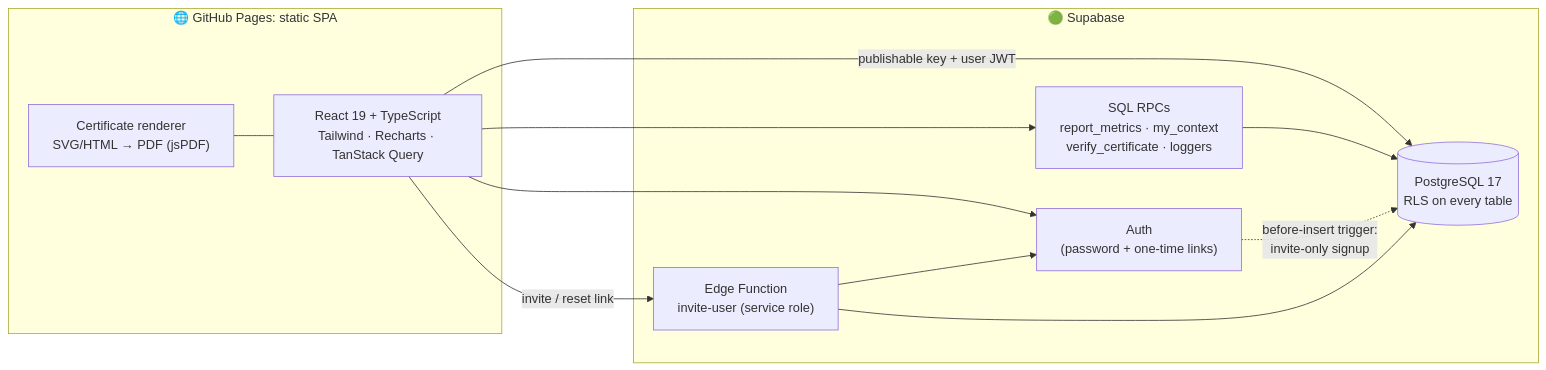
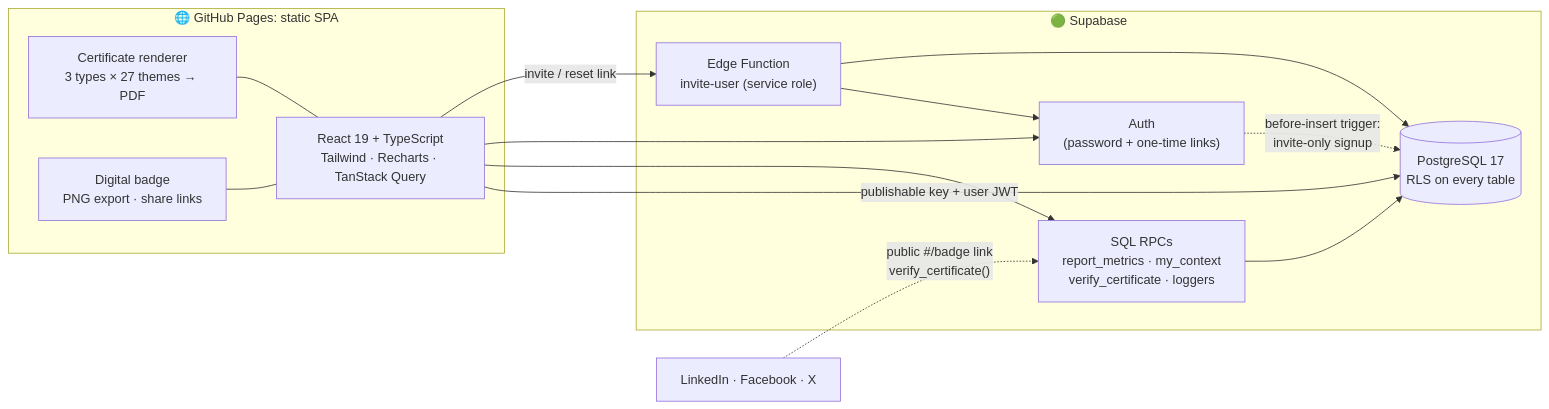
The second of 6 diagrams in README.md (paulmmoore3416/hwc-trainer-suite), drawn with Mermaid before and after one commit. The commit also changed other lines of this file and 39 other files, not shown here.

First line of the commit message:
v1.1: digital badges, dark mode, 3 certificate types, 27 color & style themes

````diff
--- a/README.md
+++ b/README.md
@@ -86,20 +131,23 @@
 ```mermaid
 flowchart LR
     subgraph Browser["🌐 GitHub Pages: static SPA"]
         UI["React 19 + TypeScript<br/>Tailwind · Recharts · TanStack Query"]
-        CERT["Certificate renderer<br/>SVG/HTML → PDF (jsPDF)"]
+        CERT["Certificate renderer<br/>3 types × 27 themes → PDF"]
+        BADGE["Digital badge<br/>PNG export · share links"]
     end
     subgraph Supabase["🟢 Supabase"]
         AUTH["Auth<br/>(password + one-time links)"]
         PG[("PostgreSQL 17<br/>RLS on every table")]
         RPC["SQL RPCs<br/>report_metrics · my_context<br/>verify_certificate · loggers"]
         EDGE["Edge Function<br/>invite-user (service role)"]
     end
     UI -- "publishable key + user JWT" --> PG
     UI --> RPC --> PG
     UI --> AUTH
     UI -- "invite / reset link" --> EDGE --> AUTH
     EDGE --> PG
     AUTH -. "before-insert trigger:<br/>invite-only signup" .-> PG
     CERT --- UI
+    BADGE --- UI
+    LI["LinkedIn · Facebook · X"] -. "public #/badge link<br/>verify_certificate()" .-> RPC
 ```
````
